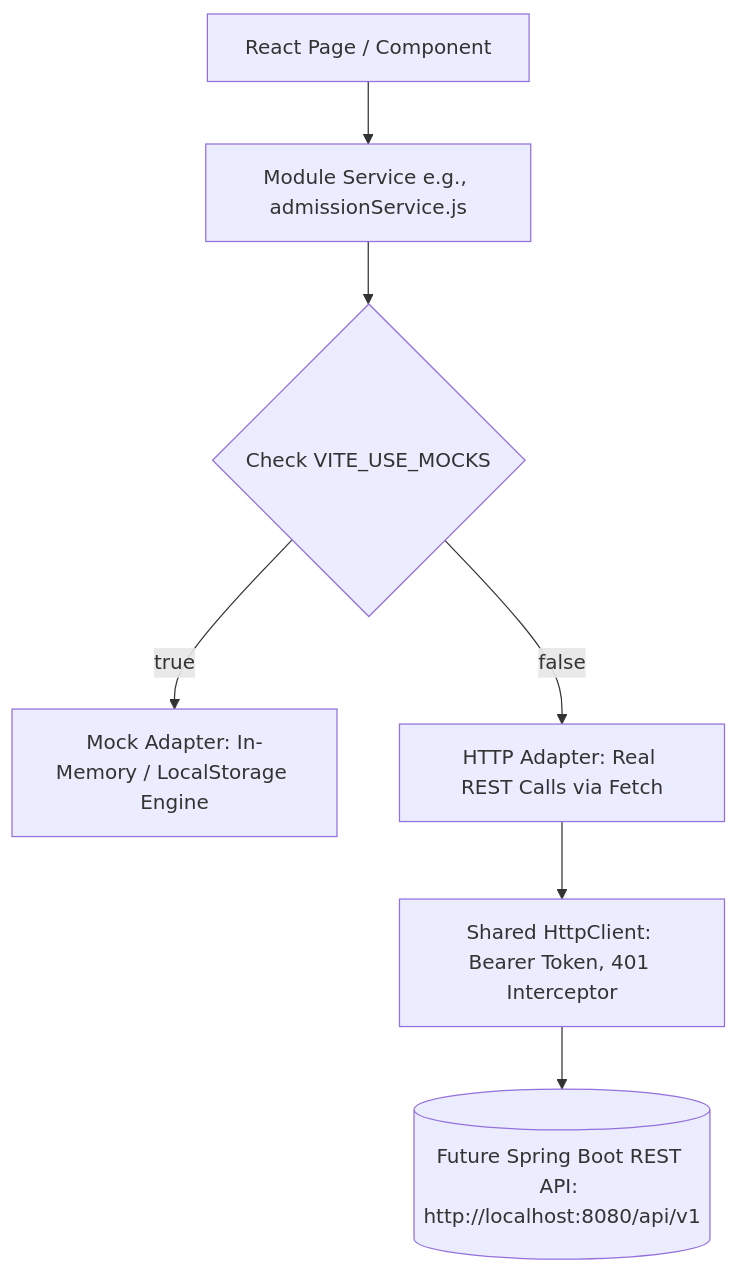
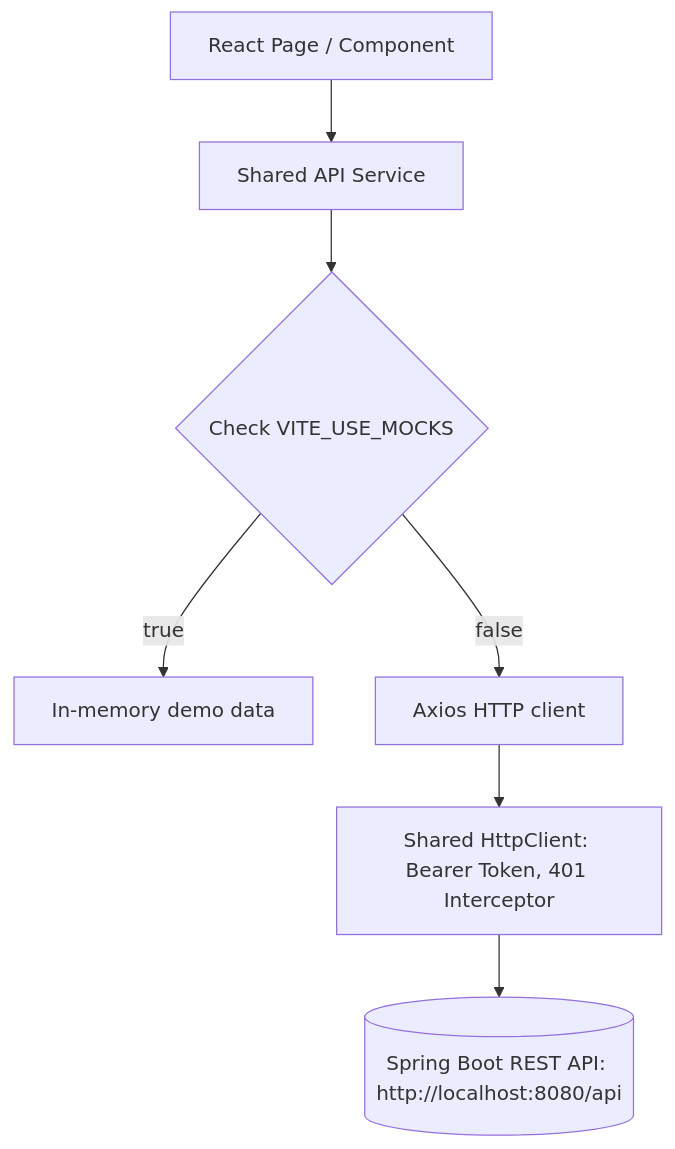
The diagram in docs/backend-plan/09-integration-guide.md (sanjanascw13/MediTek), drawn with Mermaid before and after one commit. The commit also changed other lines of this file and 223 other files, not shown here.

````diff
--- a/docs/backend-plan/09-integration-guide.md
+++ b/docs/backend-plan/09-integration-guide.md
@@ -7,9 +8,9 @@
 ```mermaid
 graph TD
-    UI[React Page / Component] --> Svc[Module Service e.g., admissionService.js]
+    UI[React Page / Component] --> Svc[Shared API Service]
     Svc --> Check{Check VITE_USE_MOCKS}
-    Check -->|true| MockAdapter[Mock Adapter: In-Memory / LocalStorage Engine]
-    Check -->|false| HttpAdapter[HTTP Adapter: Real REST Calls via Fetch]
+    Check -->|true| MockAdapter[In-memory demo data]
+    Check -->|false| HttpAdapter[Axios HTTP client]
     HttpAdapter --> HttpClient[Shared HttpClient: Bearer Token, 401 Interceptor]
-    HttpClient --> LiveBackend[(Future Spring Boot REST API: http://localhost:8080/api/v1)]
+    HttpClient --> LiveBackend[(Spring Boot REST API: http://localhost:8080/api)]
 ```
````
